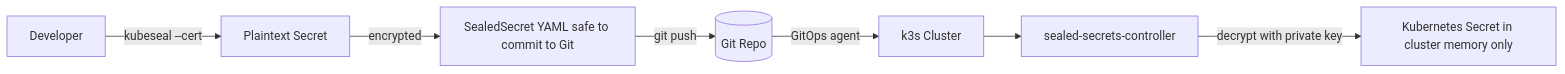
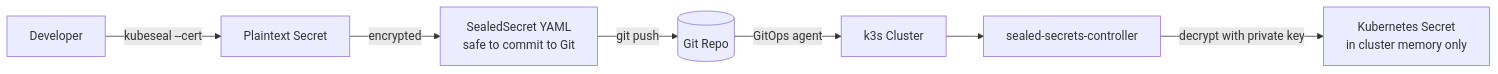
Before and after one commit to UncleJS/course_k3s: the fourth of 5 diagrams in 11_gitops/04_managing_apps_with_gitops.md, drawn with Mermaid. The commit also changed other lines of this file and 45 other files, not shown here.

First line of the commit message:
Expand all course lessons: Mermaid diagrams + rich prose across 43 files

````diff
--- a/11_gitops/04_managing_apps_with_gitops.md
+++ b/11_gitops/04_managing_apps_with_gitops.md
@@ -400,9 +549,9 @@
 ```mermaid
 flowchart LR
-    DEV[Developer] -->|kubeseal --cert| PLAIN[Plaintext Secret]
-    PLAIN -->|encrypted| SEALED[SealedSecret YAML safe to commit to Git]
-    SEALED -->|git push| REPO[(Git Repo)]
-    REPO -->|GitOps agent| CLUSTER[k3s Cluster]
-    CLUSTER --> CTRL[sealed-secrets-controller]
-    CTRL -->|decrypt with private key| SECRET[Kubernetes Secret in cluster memory only]
+    DEV["Developer"] -->|"kubeseal --cert"| PLAIN["Plaintext Secret"]
+    PLAIN -->|"encrypted"| SEALED["SealedSecret YAML<br/>safe to commit to Git"]
+    SEALED -->|"git push"| REPO[("Git Repo")]
+    REPO -->|"GitOps agent"| CLUSTER["k3s Cluster"]
+    CLUSTER --> CTRL["sealed-secrets-controller"]
+    CTRL -->|"decrypt with private key"| SECRET["Kubernetes Secret<br/>in cluster memory only"]
 ```
````
